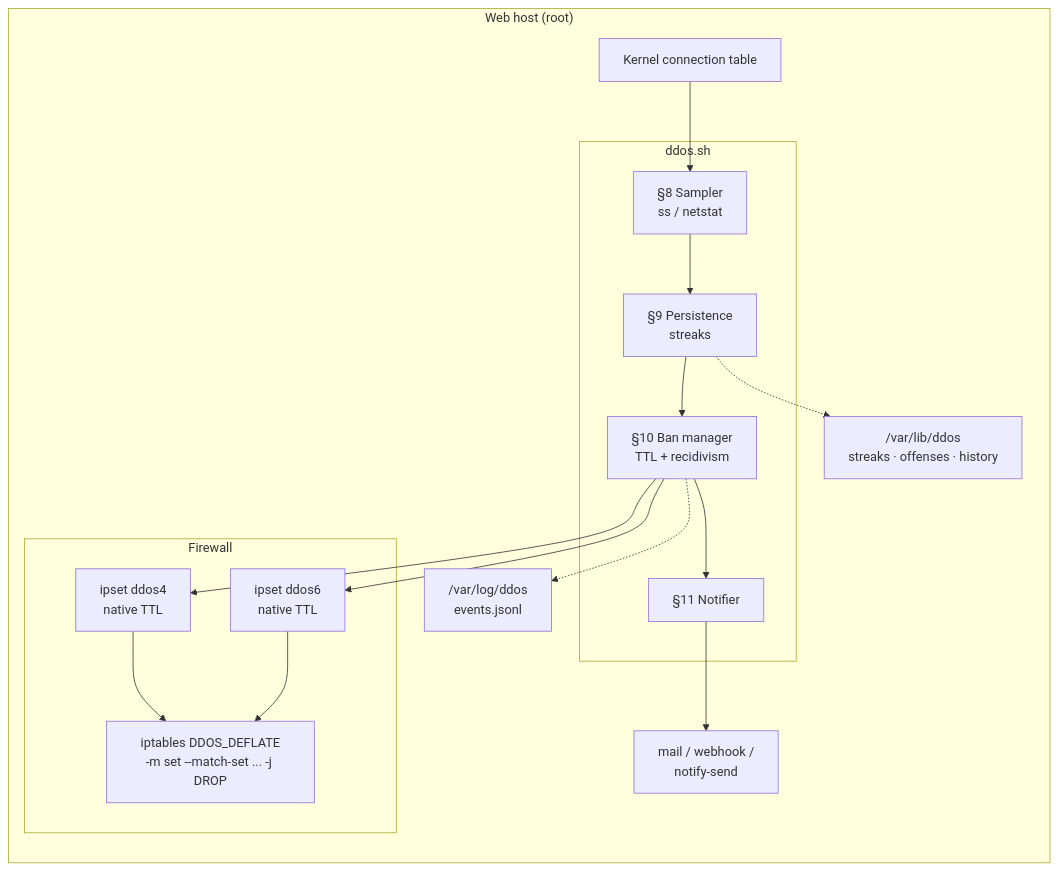
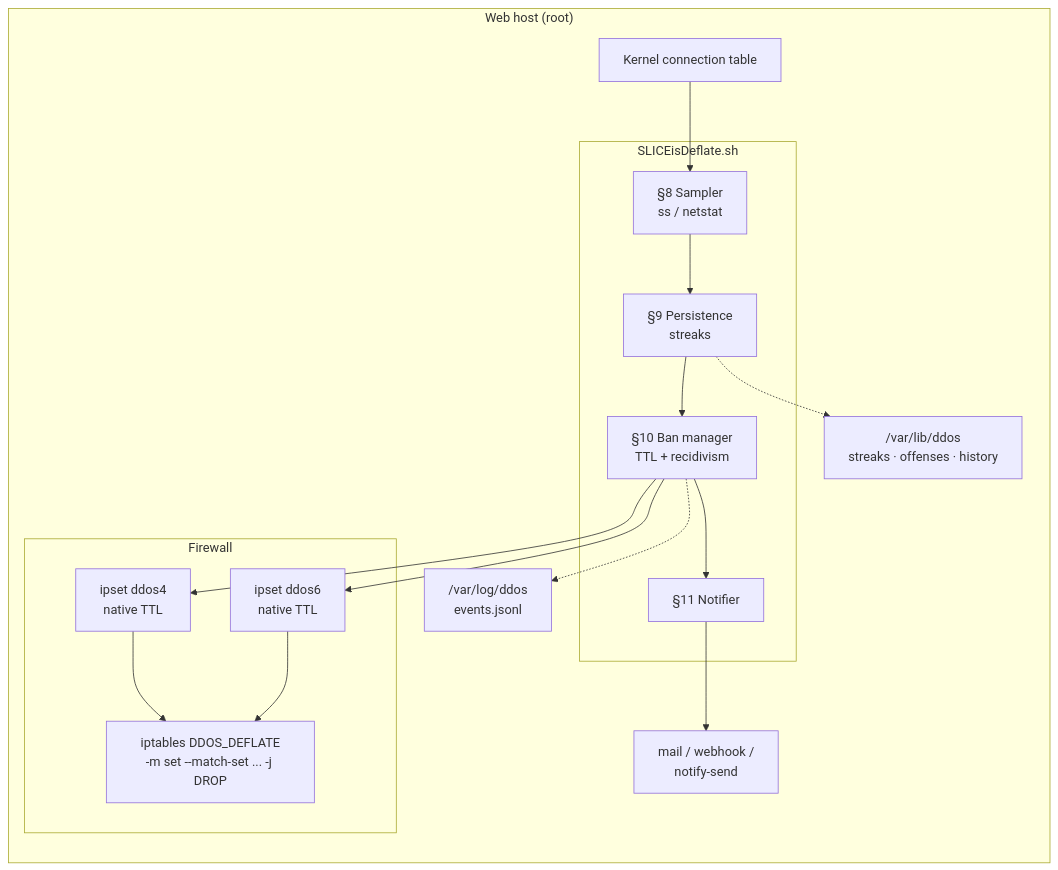
One commit to DoTMob/Deflate_1st_difi_v1 changed the second of 2 diagrams in README.md. Above: the diagram before and after it, drawn with Mermaid. The commit also changed other lines of this file, not shown here.

First line of the commit message:
Rename ddos.sh to SLICEisDeflate.sh and update commands

````diff
--- a/README.md
+++ b/README.md
@@ -155,24 +178,24 @@
 ```mermaid
 flowchart LR
     subgraph Host["Web host (root)"]
         KT["Kernel connection table"]
-        subgraph D["ddos.sh"]
+        subgraph D["SLICEisDeflate.sh"]
             SM["§8 Sampler<br/>ss / netstat"]
             PT["§9 Persistence<br/>streaks"]
             BM["§10 Ban manager<br/>TTL + recidivism"]
             NO["§11 Notifier"]
         end
         subgraph FW["Firewall"]
             S4["ipset ddos4<br/>native TTL"]
             S6["ipset ddos6<br/>native TTL"]
             CH["iptables DDOS_DEFLATE<br/>-m set --match-set ... -j DROP"]
         end
         ST["/var/lib/ddos<br/>streaks · offenses · history"]
         EV["/var/log/ddos<br/>events.jsonl"]
         AL["mail / webhook /<br/>notify-send"]
     end
     KT --> SM --> PT --> BM --> S4 & S6 --> CH
     BM --> NO --> AL
     BM -.-> EV
     PT -.-> ST
 ```
````
